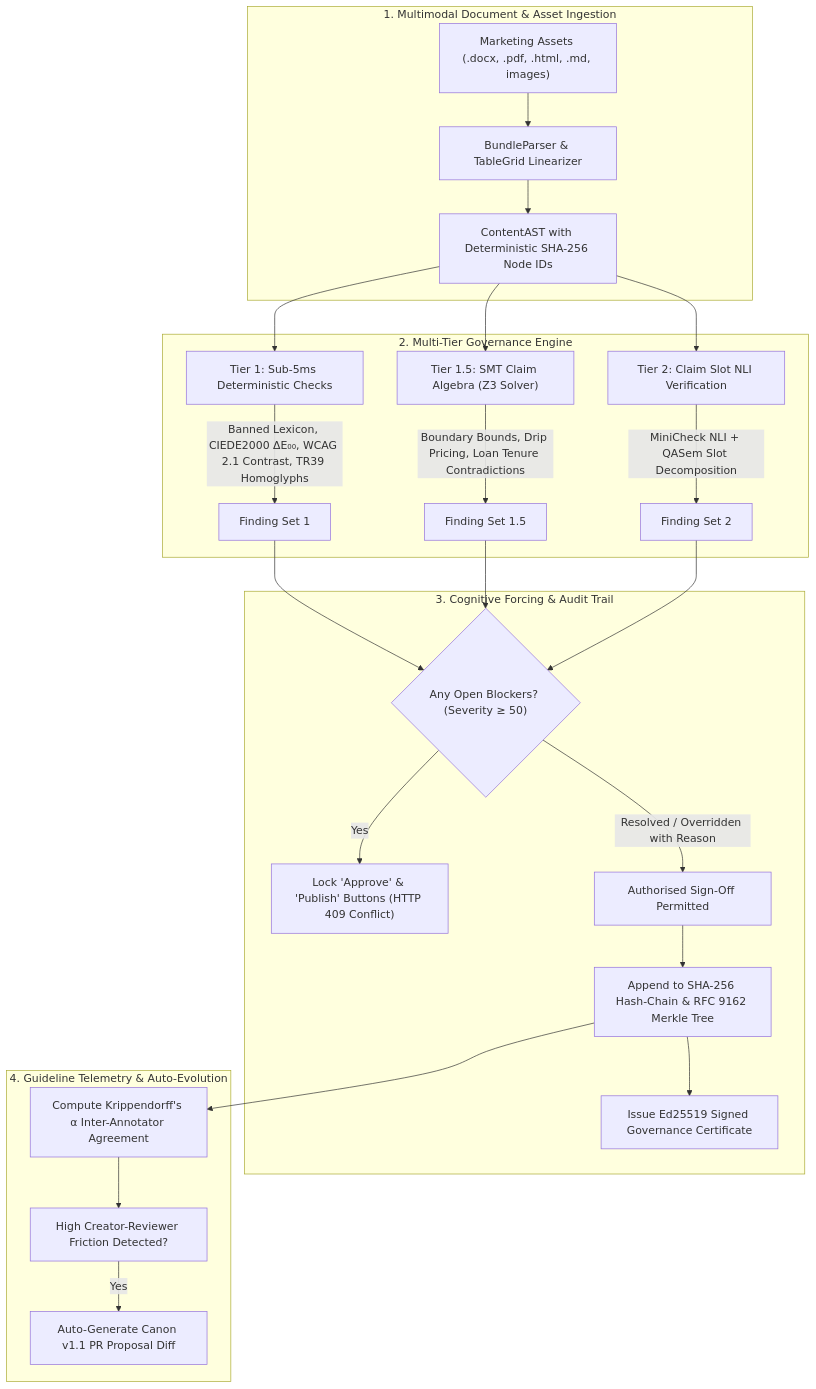
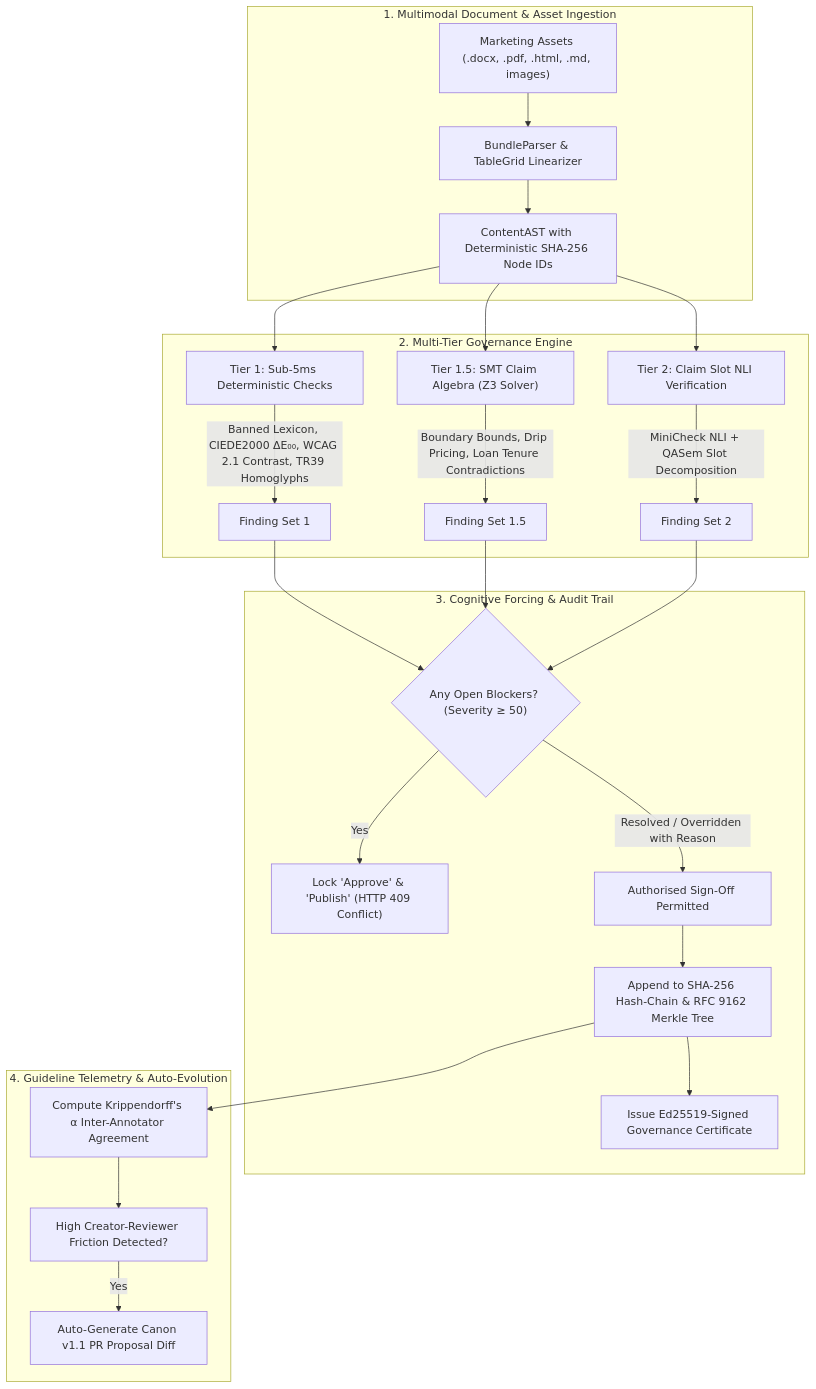
One commit to PulkitAg13/Tech_circuit_hackathon changed the diagram in README.md. Above: the diagram before and after it, drawn with Mermaid. The commit also changed other lines of this file and 1 other file, not shown here.

````diff
--- a/README.md
+++ b/README.md
@@ -49,32 +59,32 @@
 ```mermaid
 flowchart TD
     subgraph INGESTION ["1. Multimodal Document & Asset Ingestion"]
         A["Marketing Assets (.docx, .pdf, .html, .md, images)"] --> B["BundleParser & TableGrid Linearizer"]
         B --> C["ContentAST with Deterministic SHA-256 Node IDs"]
     end
 
     subgraph ENGINE ["2. Multi-Tier Governance Engine"]
         C --> D["Tier 1: Sub-5ms Deterministic Checks"]
         D -->|Banned Lexicon, CIEDE2000 ΔE₀₀, WCAG 2.1 Contrast, TR39 Homoglyphs| E["Finding Set 1"]
         
         C --> F["Tier 1.5: SMT Claim Algebra (Z3 Solver)"]
         F -->|Boundary Bounds, Drip Pricing, Loan Tenure Contradictions| G["Finding Set 1.5"]
         
         C --> H["Tier 2: Claim Slot NLI Verification"]
         H -->|MiniCheck NLI + QASem Slot Decomposition| I["Finding Set 2"]
     end
 
     subgraph WORKFLOW ["3. Cognitive Forcing & Audit Trail"]
         E & G & I --> J{"Any Open Blockers? (Severity ≥ 50)"}
-        J -->|Yes| K["Lock 'Approve' & 'Publish' Buttons (HTTP 409 Conflict)"]
+        J -->|Yes| K["Lock 'Approve' & 'Publish' (HTTP 409 Conflict)"]
         J -->|Resolved / Overridden with Reason| L["Authorised Sign-Off Permitted"]
         L --> M["Append to SHA-256 Hash-Chain & RFC 9162 Merkle Tree"]
-        M --> N["Issue Ed25519 Signed Governance Certificate"]
+        M --> N["Issue Ed25519-Signed Governance Certificate"]
     end
 
     subgraph EVOLUTION ["4. Guideline Telemetry & Auto-Evolution"]
         M --> O["Compute Krippendorff's α Inter-Annotator Agreement"]
         O --> P["High Creator-Reviewer Friction Detected?"]
         P -->|Yes| Q["Auto-Generate Canon v1.1 PR Proposal Diff"]
     end
 ```
````
